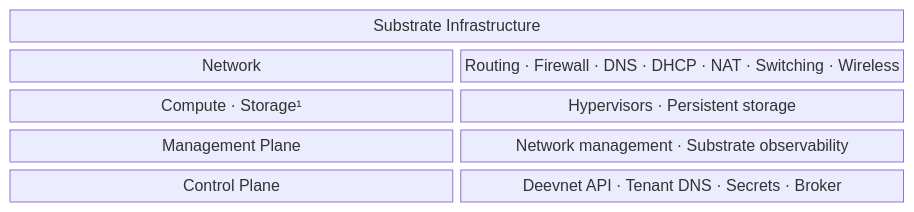
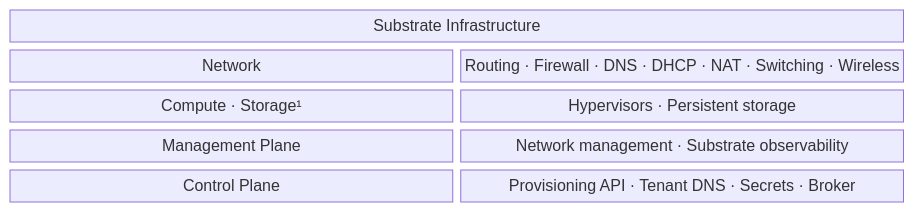
The diagram in content/docs/architecture/substrate/_index.md (deevnet/deevnet-docs), drawn with Mermaid before and after one commit. The commit also changed other lines of this file and 165 other files, not shown here.

First line of the commit message:
Architecture at the 50 ft view; records and ADRs newest first (#203)

```diff
--- a/content/docs/architecture/substrate/_index.md
+++ b/content/docs/architecture/substrate/_index.md
@@ -17,9 +17,9 @@
 {{< mermaid >}}
 block-beta
     columns 2
     hdr["Substrate Infrastructure"]:2
     net["Network"]:1 netd["Routing · Firewall · DNS · DHCP · NAT · Switching · Wireless"]:1
     cmp["Compute · Storage¹"]:1 cmpd["Hypervisors · Persistent storage"]:1
     mgp["Management Plane"]:1 mgpd["Network management · Substrate observability"]:1
-    ctp["Control Plane"]:1 ctpd["Deevnet API · Tenant DNS · Secrets · Broker"]:1
+    ctp["Control Plane"]:1 ctpd["Provisioning API · Tenant DNS · Secrets · Broker"]:1
 {{< /mermaid >}}
```
